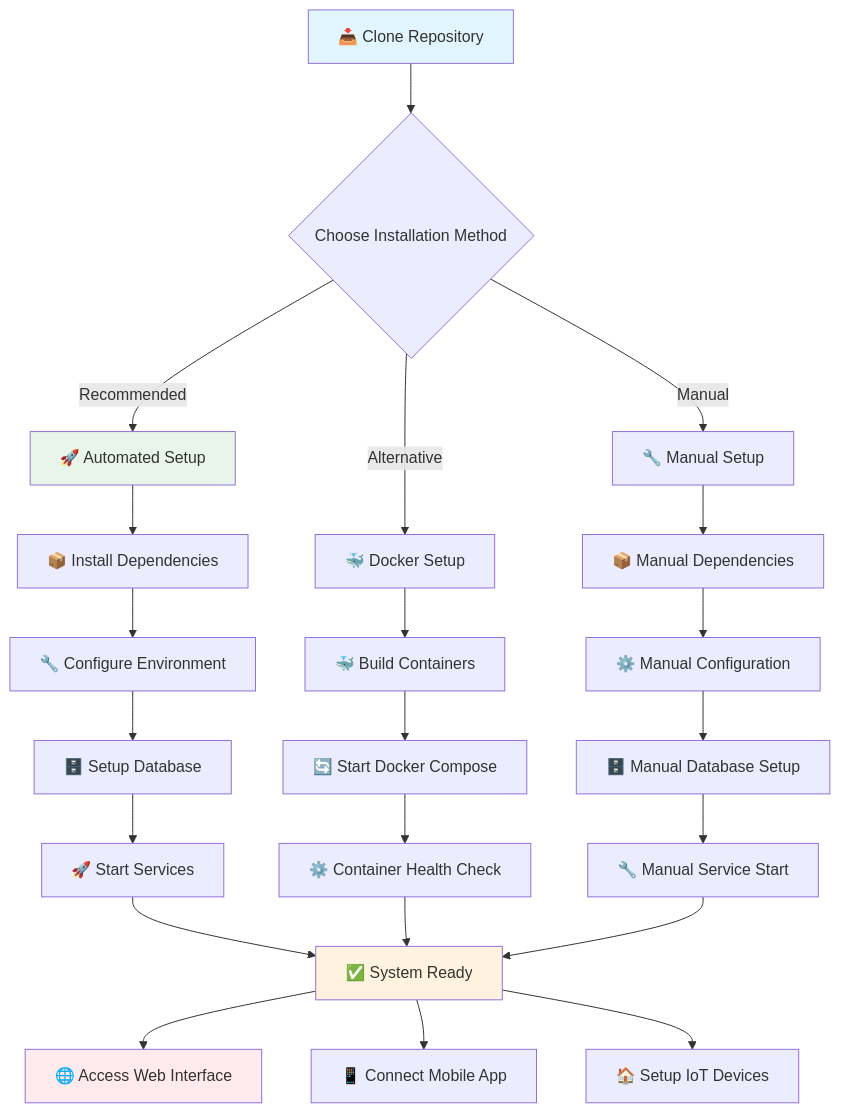
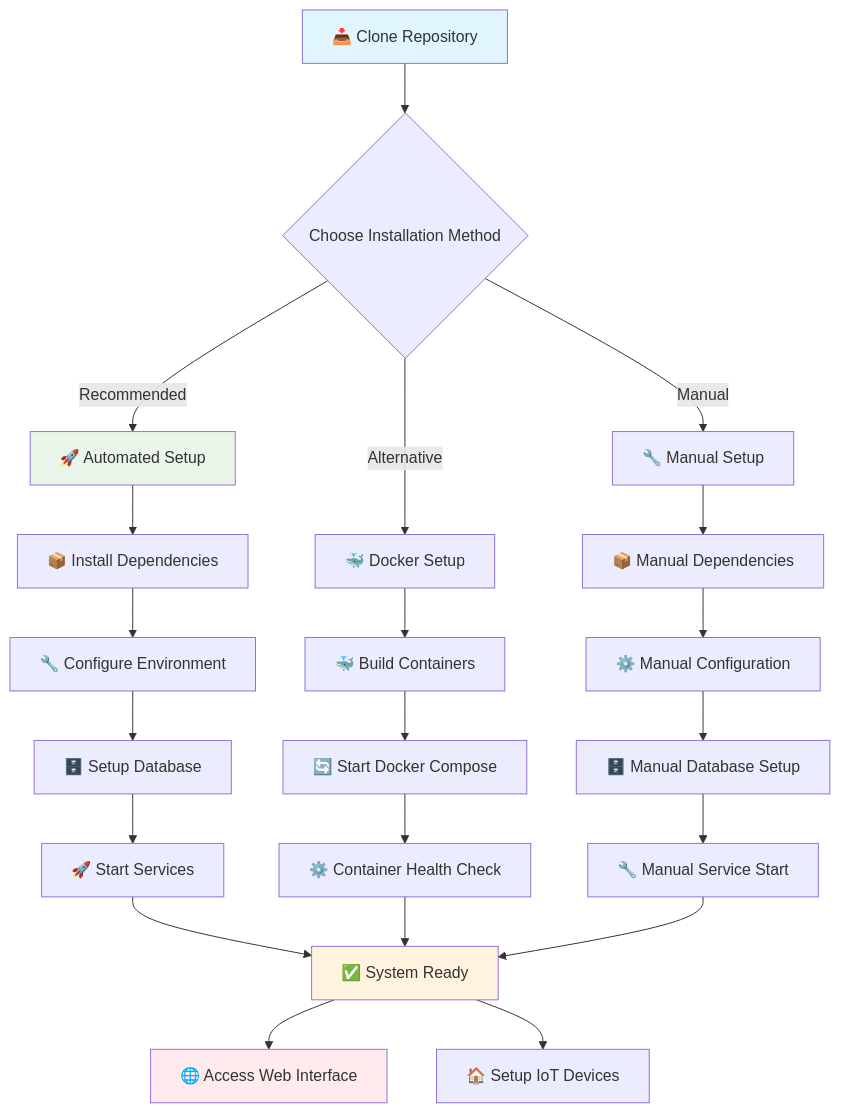
Before and after one commit to TheusHen/roommate: the first of 3 diagrams in docs/getting_started.md, drawn with Mermaid. The commit also changed other lines of this file and 8 other files, not shown here.

````diff
--- a/docs/getting_started.md
+++ b/docs/getting_started.md
@@ -46,33 +45,32 @@
 ```mermaid
 graph TD
     A[📥 Clone Repository] --> B{Choose Installation Method}
     B -->|Recommended| C[🚀 Automated Setup]
     B -->|Alternative| D[🐳 Docker Setup]
     B -->|Manual| E[🔧 Manual Setup]
     
     C --> F[📦 Install Dependencies]
     F --> G[🔧 Configure Environment]
     G --> H[🗄️ Setup Database]
     H --> I[🚀 Start Services]
     I --> J[✅ System Ready]
     
     D --> K[🐳 Build Containers]
     K --> L[🔄 Start Docker Compose]
     L --> M[⚙️ Container Health Check]
     M --> J
     
     E --> N[📦 Manual Dependencies]
     N --> O[⚙️ Manual Configuration]
     O --> P[🗄️ Manual Database Setup]
     P --> Q[🔧 Manual Service Start]
     Q --> J
     
     J --> R[🌐 Access Web Interface]
-    J --> S[📱 Connect Mobile App]
     J --> T[🏠 Setup IoT Devices]
     
     style A fill:#e1f5fe
     style C fill:#e8f5e8
     style J fill:#fff3e0
     style R fill:#ffebee
 ```
````
